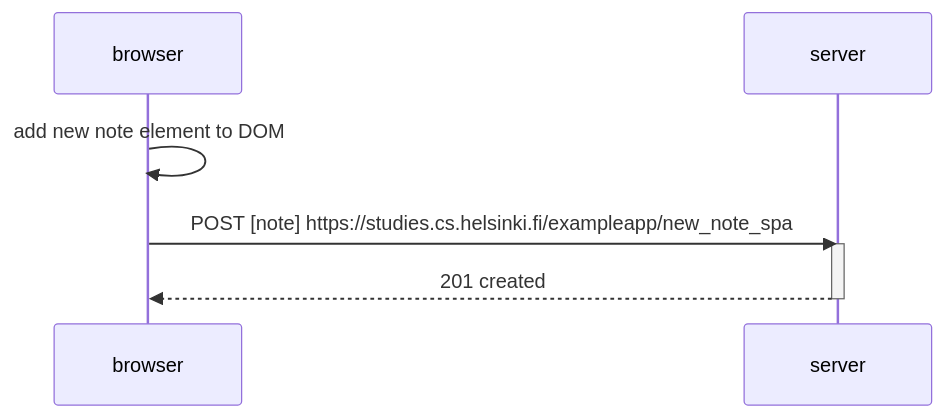
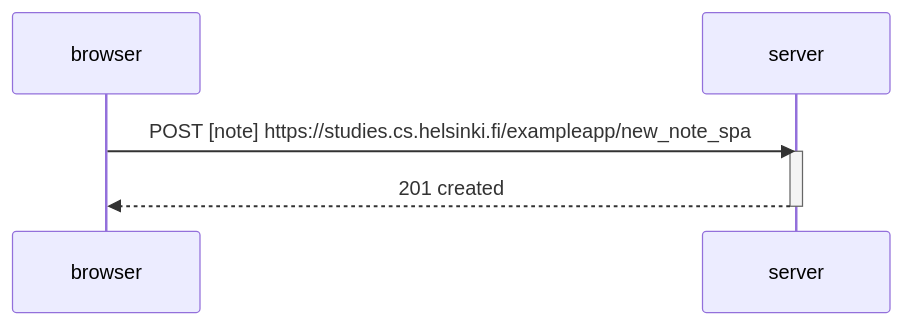
One commit to aralids/UHelsinki-FullStack-Solutions changed the diagram in part0/0-6.mmd. Above: the diagram before and after it, drawn with Mermaid.

```diff
--- a/part0/0-6.mmd
+++ b/part0/0-6.mmd
@@ -1,10 +1,8 @@
 sequenceDiagram
     participant browser
     participant server
-
-    browser->>browser: add new note element to DOM
 
     browser->>server: POST [note] https://studies.cs.helsinki.fi/exampleapp/new_note_spa
     activate server
     server-->>browser: 201 created
     deactivate server
```
